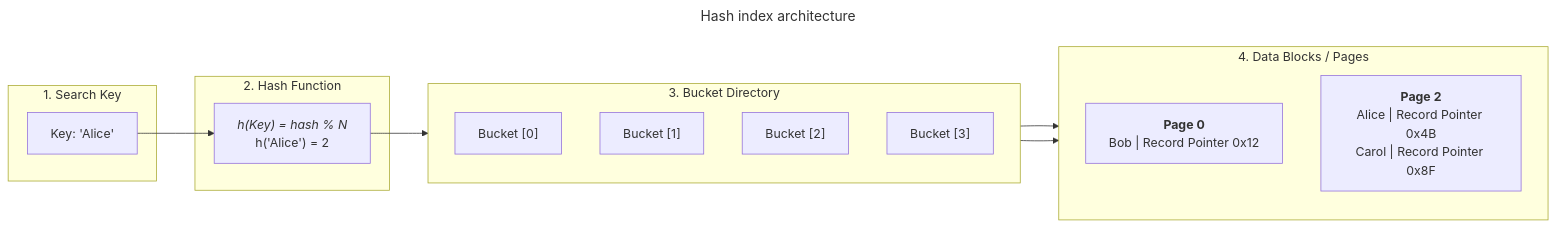
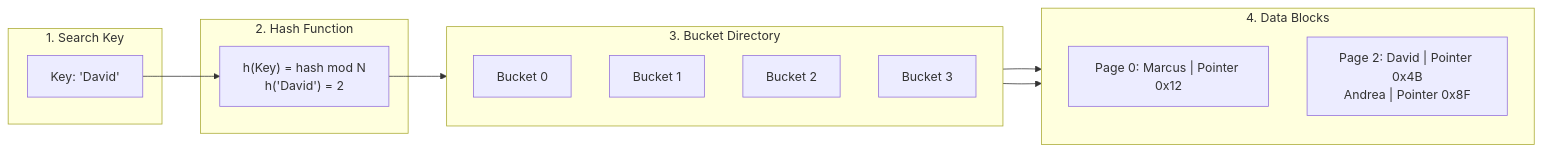
The third of 4 diagrams in content/sql/indexing-internals.md (VineethChivukula/dedocs), drawn with Mermaid before and after one commit. The commit also changed other lines of this file and 26 other files, not shown here.

````diff
--- a/content/sql/indexing-internals.md
+++ b/content/sql/indexing-internals.md
@@ -97,37 +94,29 @@
 ```mermaid
----
-title: Hash index architecture
----
 graph LR
-    %% Step 1: Input Search Key
     subgraph Inputs ["1. Search Key"]
-        Key["Key: 'Alice'"]
+        Key["Key: 'David'"]
     end
 
-    %% Step 2: Hash Function
     subgraph Engine ["2. Hash Function"]
-        HF["<i>h(Key) = hash % N</i><br/>h('Alice') = 2"]
+        HF["h(Key) = hash mod N<br/>h('David') = 2"]
     end
 
-    %% Step 3: Hash Directory / Buckets Array
     subgraph Directory ["3. Bucket Directory"]
         direction TB
-        B0["Bucket [0]"]
-        B1["Bucket [1]"]
-        B2["Bucket [2]"]
-        B3["Bucket [3]"]
+        B0["Bucket 0"]
+        B1["Bucket 1"]
+        B2["Bucket 2"]
+        B3["Bucket 3"]
     end
 
-    %% Step 4: Data Blocks / Records
-    subgraph Buckets ["4. Data Blocks / Pages"]
+    subgraph Buckets ["4. Data Blocks"]
         direction TB
-        Page0["<b>Page 0</b><br/>Bob | Record Pointer 0x12"]
-        Page2["<b>Page 2</b><br/>Alice | Record Pointer 0x4B<br/>Carol | Record Pointer 0x8F"]
+        Page0["Page 0: Marcus | Pointer 0x12"]
+        Page2["Page 2: David | Pointer 0x4B<br/>Andrea | Pointer 0x8F"]
     end
 
-    %% Connections
     Key --> HF
     HF --> B2
     B2 --> Page2
     B0 --> Page0
 ```
````
